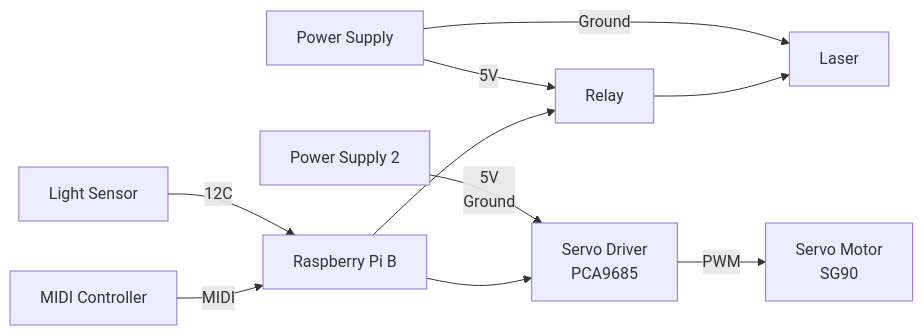
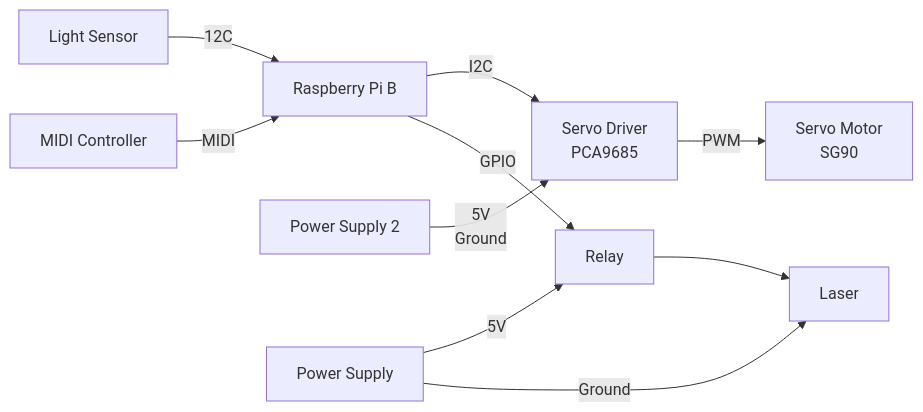
The diagram in README.md (Nixx-Goh/EGL314-Project-Lumen-Team-D), drawn with Mermaid before and after one commit.

Commit message:
updated system flowchart

````diff
--- a/README.md
+++ b/README.md
@@ -36,15 +36,15 @@
 ```mermaid
 graph LR
 
 
 A[MIDI Controller] --MIDI--> B[Raspberry Pi B] 
 C[Light Sensor] --12C--> B
-B --> D[Relay]
+B --GPIO--> D[Relay]
 D --> E[Laser]
-B --> F[Servo Driver </br> PCA9685]
+B --I2C--> F[Servo Driver </br> PCA9685]
 F --PWM--> G[Servo Motor </br> SG90]
+I[Power Supply 2] --5V </br> Ground--> F 
 H[Power Supply] --Ground--> E
 H --5V--> D
-I[Power Supply 2] --5V </br> Ground--> F 
 
 ```    
````
